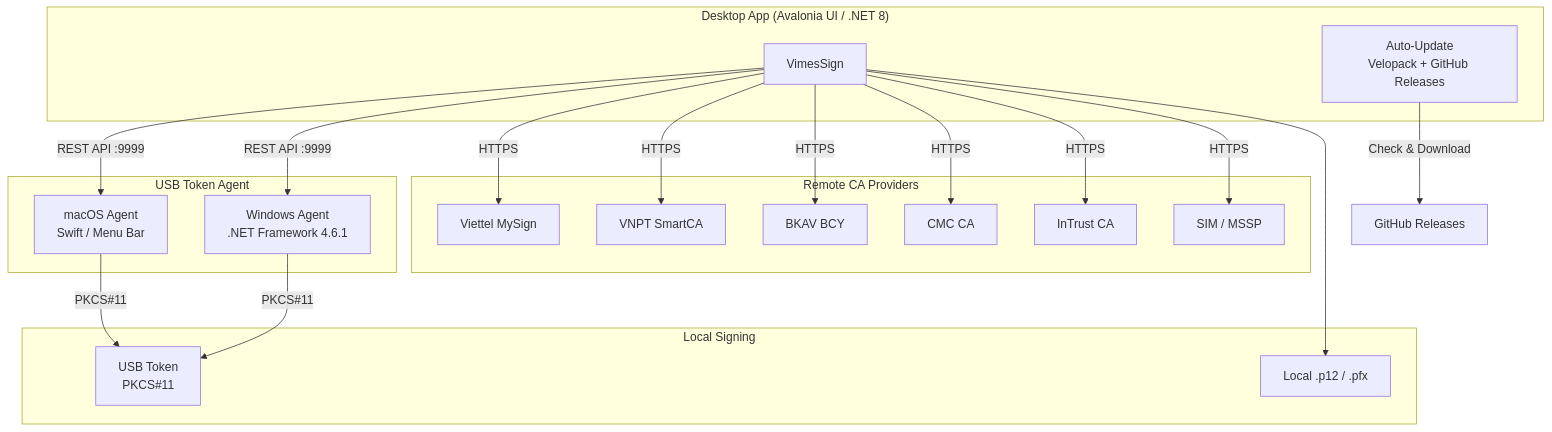
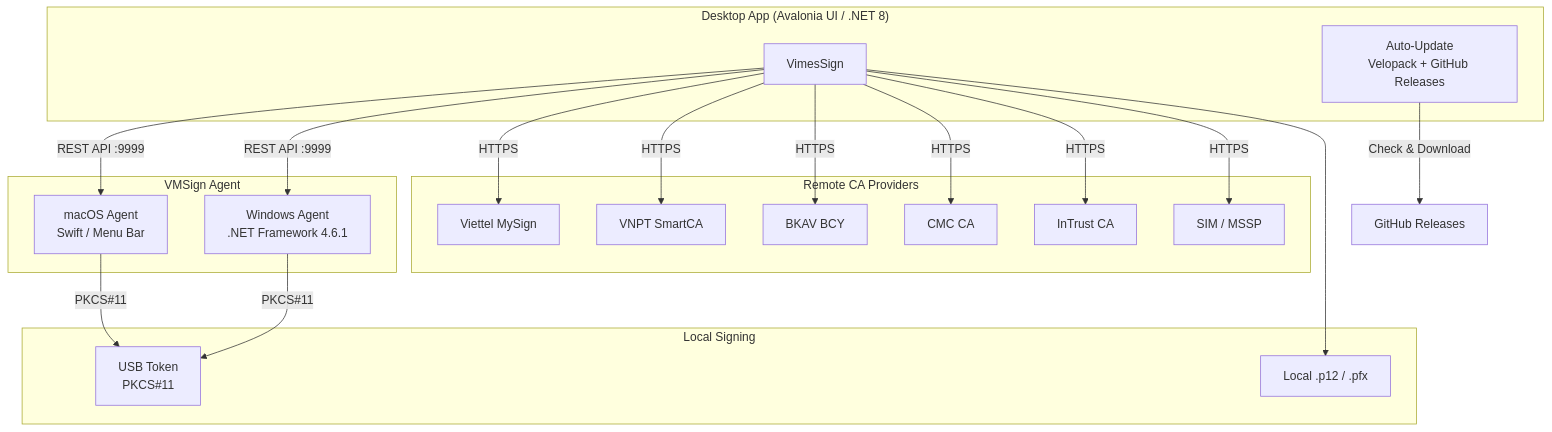
The first of 3 diagrams in README.md (vimesjscvn/vn-sign-sample), drawn with Mermaid before and after one commit. The commit also changed other lines of this file and 42 other files, not shown here.

First line of the commit message:
refactor: rename usb-token-agent → vmsign-agent, UsbTokenAgent → VMSignAgent

````diff
--- a/README.md
+++ b/README.md
@@ -7,39 +7,39 @@
 ```mermaid
 graph TB
     subgraph "Desktop App (Avalonia UI / .NET 8)"
         SignApp[VimesSign]
         AutoUpdate[Auto-Update<br/>Velopack + GitHub Releases]
     end
 
-    subgraph "USB Token Agent"
+    subgraph "VMSign Agent"
         AgentMac[macOS Agent<br/>Swift / Menu Bar]
         AgentWin[Windows Agent<br/>.NET Framework 4.6.1]
     end
 
     subgraph "Remote CA Providers"
         MySign[Viettel MySign]
         SmartCA[VNPT SmartCA]
         BCY[BKAV BCY]
         CMC[CMC CA]
         InTrust[InTrust CA]
         SIM[SIM / MSSP]
     end
 
     subgraph "Local Signing"
         USB[USB Token<br/>PKCS#11]
         SelfCert[Local .p12 / .pfx]
     end
 
     SignApp -->|REST API :9999| AgentMac
     SignApp -->|REST API :9999| AgentWin
     AgentMac -->|PKCS#11| USB
     AgentWin -->|PKCS#11| USB
     SignApp -->|HTTPS| MySign
     SignApp -->|HTTPS| SmartCA
     SignApp -->|HTTPS| BCY
     SignApp -->|HTTPS| CMC
     SignApp -->|HTTPS| InTrust
     SignApp -->|HTTPS| SIM
     SignApp --> SelfCert
     AutoUpdate -->|Check & Download| GH[GitHub Releases]
 ```
````
